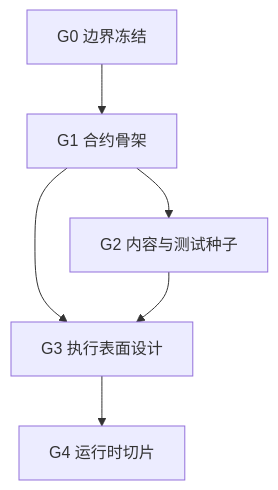
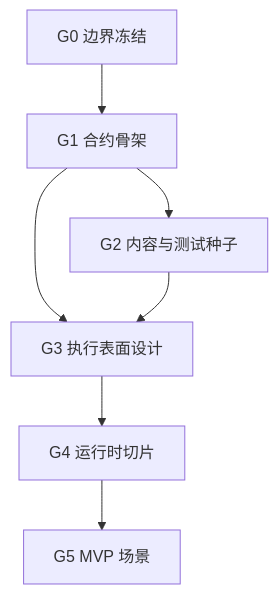
The diagram in docs/task/ground/ground_subagent_dispatch_queue_20260521.zh.md (Void0312Aurora/Echelon-Forge), drawn with Mermaid before and after one commit. The commit also changed other lines of this file and 16 other files, not shown here.

````diff
--- a/docs/task/ground/ground_subagent_dispatch_queue_20260521.zh.md
+++ b/docs/task/ground/ground_subagent_dispatch_queue_20260521.zh.md
@@ -27,8 +25,9 @@
 ```mermaid
 flowchart TD
     G0["G0 边界冻结"] --> G1["G1 合约骨架"]
     G1 --> G2["G2 内容与测试种子"]
     G1 --> G3["G3 执行表面设计"]
     G2 --> G3
     G3 --> G4["G4 运行时切片"]
+    G4 --> G5["G5 MVP 场景"]
 ```
````
